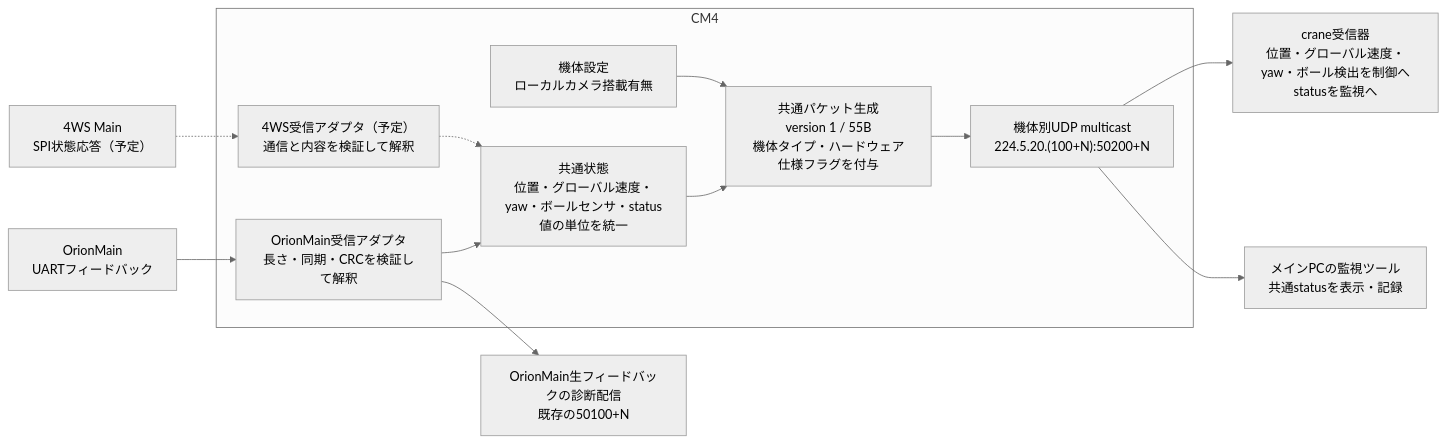
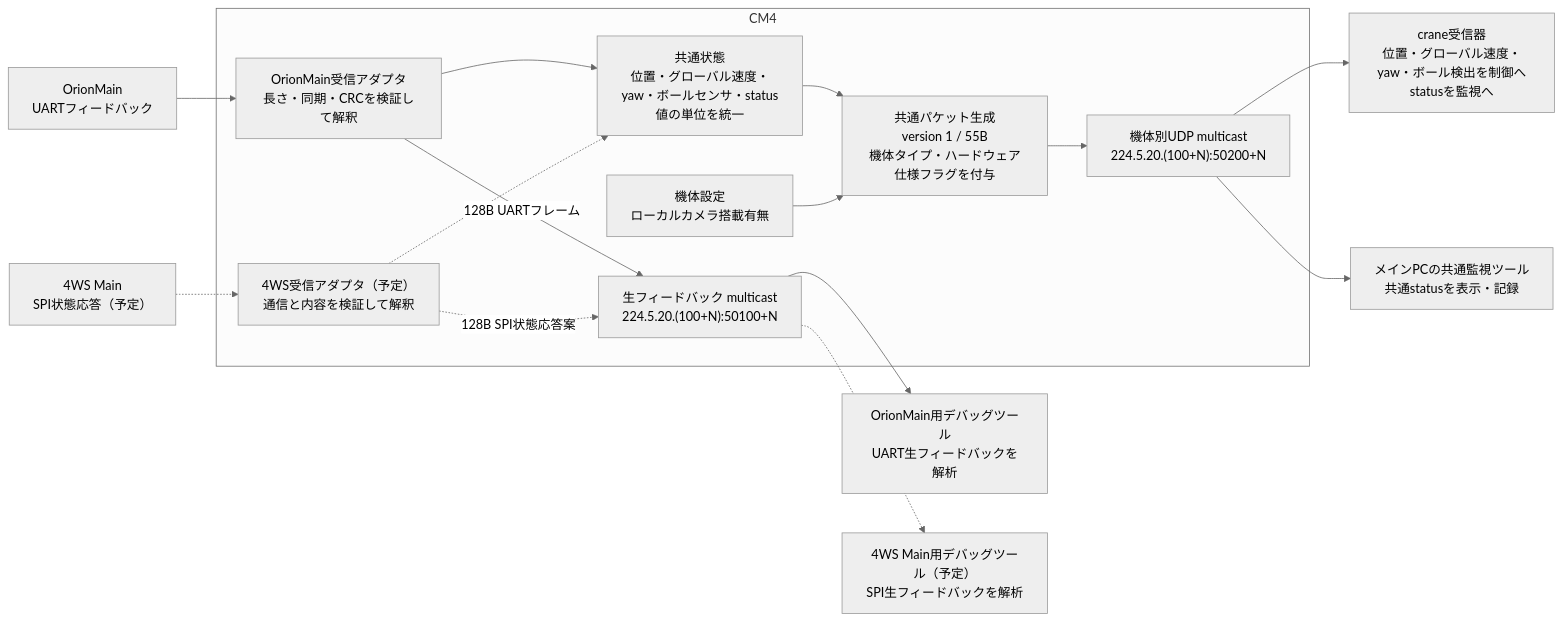
One commit to ibis-ssl/Orion_CM4 changed the diagram in doc/cm4_status_packet_proposal.md. Above: the diagram before and after it, drawn with Mermaid (neutral theme). The commit also changed other lines of this file and 4 other files, not shown here.

````diff
--- a/doc/cm4_status_packet_proposal.md
+++ b/doc/cm4_status_packet_proposal.md
@@ -11,25 +11,29 @@
 ```mermaid
 flowchart LR
     orion_main["OrionMain<br/>UARTフィードバック"]
     ws["4WS Main<br/>SPI状態応答（予定）"]
 
     subgraph cm4["CM4"]
         hw["機体設定<br/>ローカルカメラ搭載有無"]
         orion_adapter["OrionMain受信アダプタ<br/>長さ・同期・CRCを検証して解釈"]
         ws_adapter["4WS受信アダプタ（予定）<br/>通信と内容を検証して解釈"]
         common["共通状態<br/>位置・グローバル速度・yaw・ボールセンサ・status<br/>値の単位を統一"]
         serialize["共通パケット生成<br/>version 1 / 55B<br/>機体タイプ・ハードウェア仕様フラグを付与"]
         multicast["機体別UDP multicast<br/>224.5.20.(100+N):50200+N"]
+        raw_multicast["生フィードバック multicast<br/>224.5.20.(100+N):50100+N"]
         orion_adapter --> common
         ws_adapter -.-> common
+        orion_adapter -->|"128B UARTフレーム"| raw_multicast
+        ws_adapter -.->|"128B SPI状態応答案"| raw_multicast
         common --> serialize
         hw --> serialize
         serialize --> multicast
     end
 
     orion_main --> orion_adapter
     ws -.-> ws_adapter
     multicast --> crane["crane受信器<br/>位置・グローバル速度・yaw・ボール検出を制御へ<br/>statusを監視へ"]
-    multicast --> pc["メインPCの監視ツール<br/>共通statusを表示・記録"]
-    orion_adapter --> raw["OrionMain生フィードバックの診断配信<br/>既存の50100+N"]
+    multicast --> pc["メインPCの共通監視ツール<br/>共通statusを表示・記録"]
+    raw_multicast --> orion_debug["OrionMain用デバッグツール<br/>UART生フィードバックを解析"]
+    raw_multicast -.-> ws_debug["4WS Main用デバッグツール（予定）<br/>SPI生フィードバックを解析"]
 ```
````
